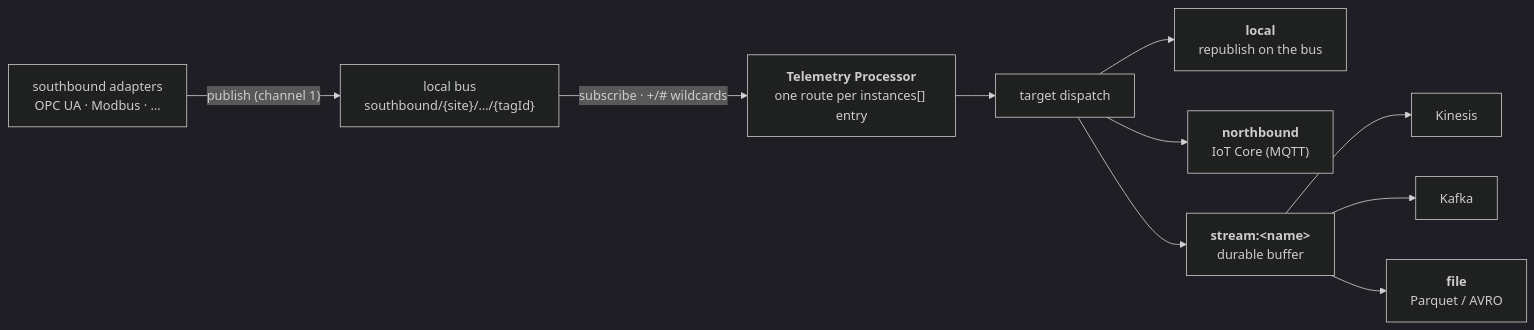
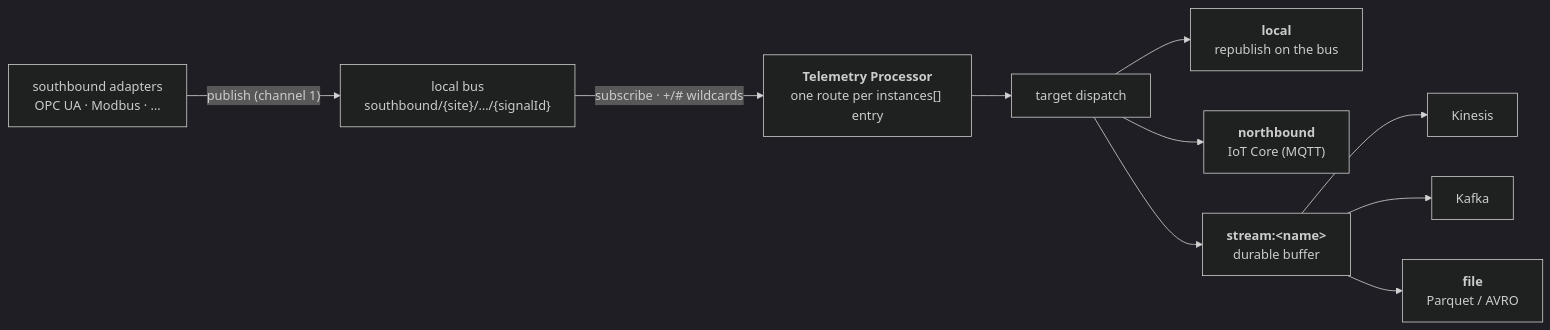
Before and after one commit to edgecommons/telemetry-processor: the first of 2 diagrams in docs/explanation.md, drawn with Mermaid (dark theme). The commit also changed other lines of this file and 23 other files, not shown here.

````diff
--- a/docs/explanation.md
+++ b/docs/explanation.md
@@ -75,22 +170,22 @@
 ```mermaid
 flowchart LR
     ADP["southbound adapters<br/>OPC UA · Modbus · …"]
-    BUS["local bus<br/>southbound/{site}/…/{tagId}"]
+    BUS["local bus<br/>southbound/{site}/…/{signalId}"]
     PROC["<b>Telemetry Processor</b><br/>one route per instances[] entry"]
     DISP["target dispatch"]
     LOC["<b>local</b><br/>republish on the bus"]
     NB["<b>northbound</b><br/>IoT Core (MQTT)"]
     STR["<b>stream:&lt;name&gt;</b><br/>durable buffer"]
     KIN["Kinesis"]
     KAF["Kafka"]
     FILE["<b>file</b><br/>Parquet / AVRO"]
     ADP -->|"publish (channel 1)"| BUS
     BUS -->|"subscribe · +/# wildcards"| PROC
     PROC --> DISP
     DISP --> LOC
     DISP --> NB
     DISP --> STR
     STR --> KIN
     STR --> KAF
     STR --> FILE
 ```
````
